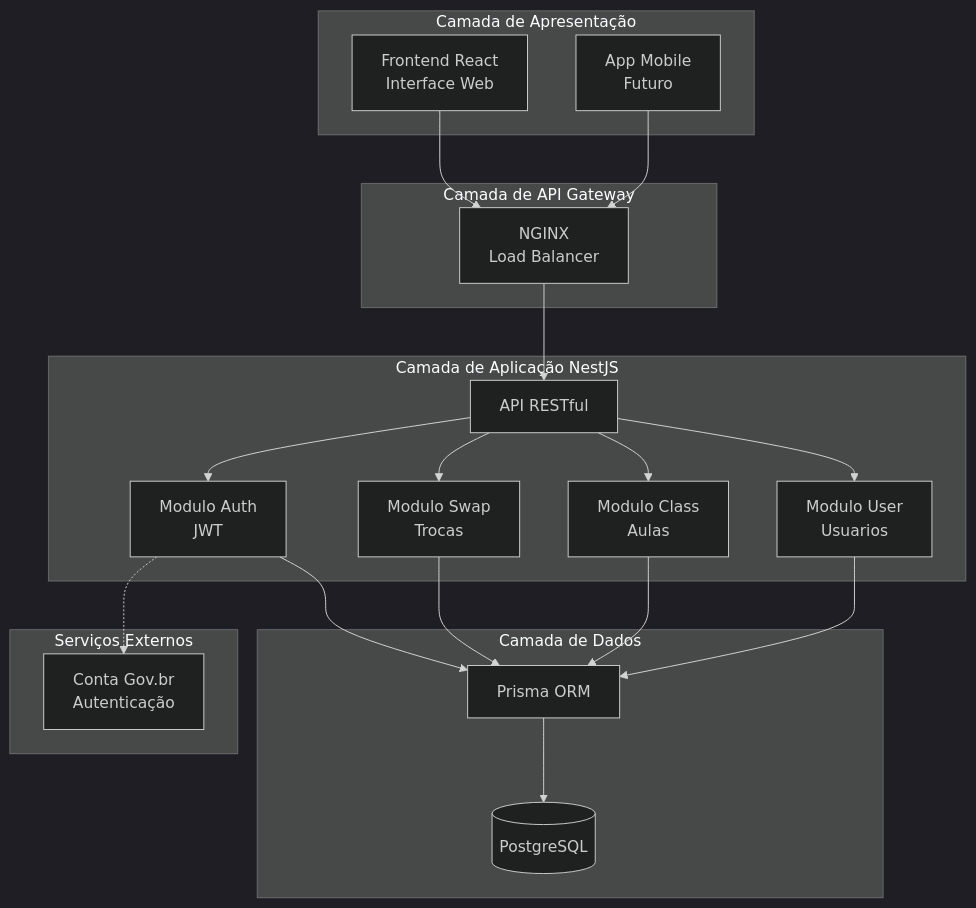
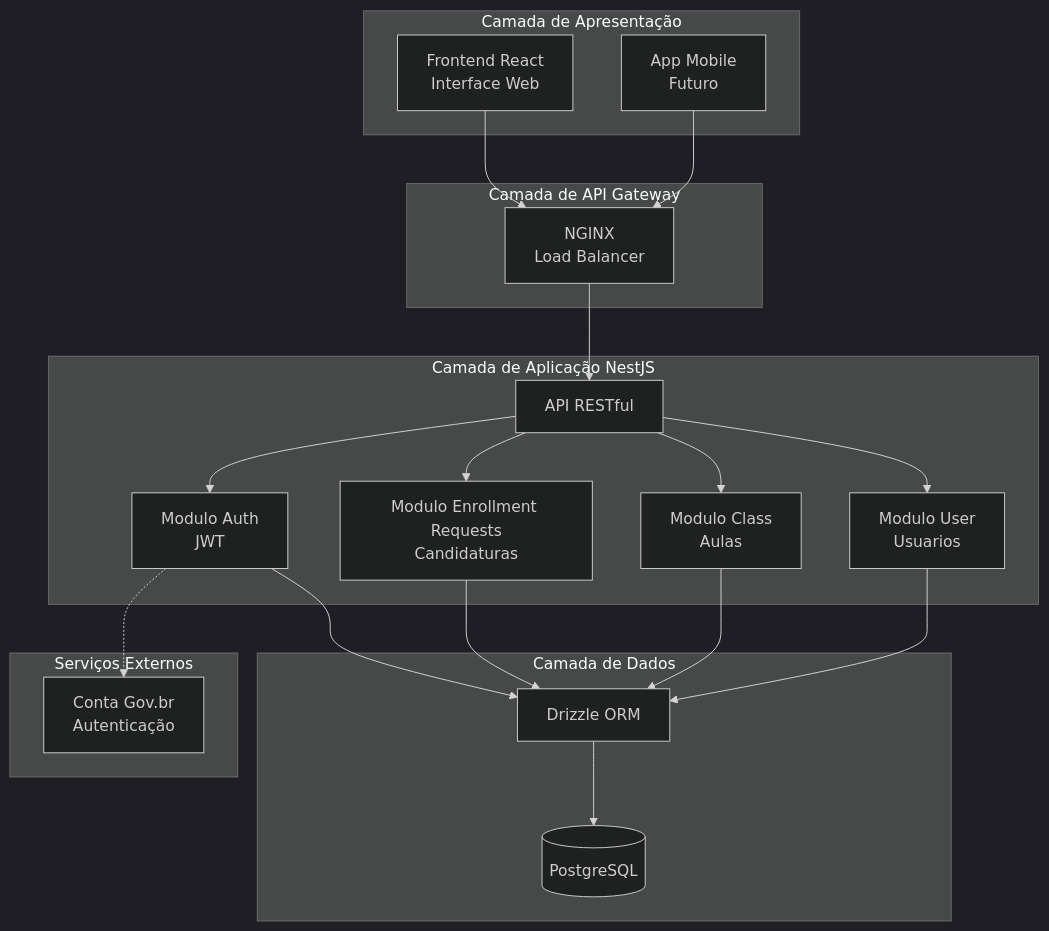
Before and after one commit to TROCA-AULA/troca-aula-backend: the sixth of 9 diagrams in docs/01-visao-geral.md, drawn with Mermaid (dark theme). The commit also changed other lines of this file and 9 other files, not shown here.

````diff
--- a/docs/01-visao-geral.md
+++ b/docs/01-visao-geral.md
@@ -202,42 +202,42 @@
 ```mermaid
 graph TB
     subgraph "Camada de Apresentação"
         FE[Frontend React<br/>Interface Web]
         FE_Mobile[App Mobile<br/>Futuro]
     end
     
     subgraph "Camada de API Gateway"
         NGINX[NGINX<br/>Load Balancer]
     end
     
     subgraph "Camada de Aplicação NestJS"
         API[API RESTful]
         AUTH[Modulo Auth<br/>JWT]
-        SWAP[Modulo Swap<br/>Trocas]
+        ENROLL[Modulo Enrollment Requests<br/>Candidaturas]
         CLASS[Modulo Class<br/>Aulas]
         USER[Modulo User<br/>Usuarios]
     end
     
     subgraph "Camada de Dados"
-        ORM[Prisma ORM]
+        ORM[Drizzle ORM]
         DB[(PostgreSQL)]
     end
     
     subgraph "Serviços Externos"
         GOVBR[Conta Gov.br<br/>Autenticação]
     end
     
     FE --> NGINX
     FE_Mobile --> NGINX
     NGINX --> API
     API --> AUTH
-    API --> SWAP
+    API --> ENROLL
     API --> CLASS
     API --> USER
     AUTH --> ORM
-    SWAP --> ORM
+    ENROLL --> ORM
     CLASS --> ORM
     USER --> ORM
     ORM --> DB
     AUTH -.-> GOVBR
 ```
````
